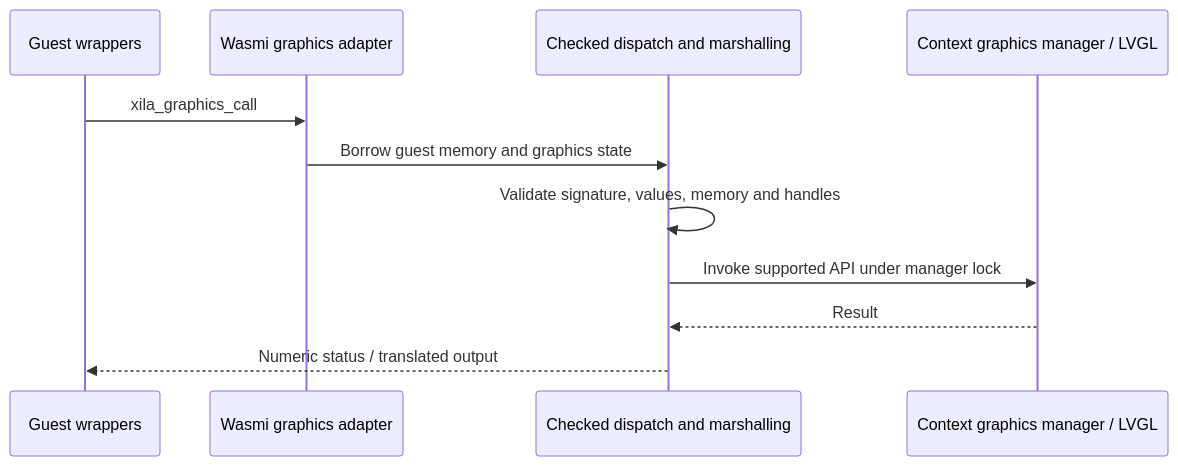
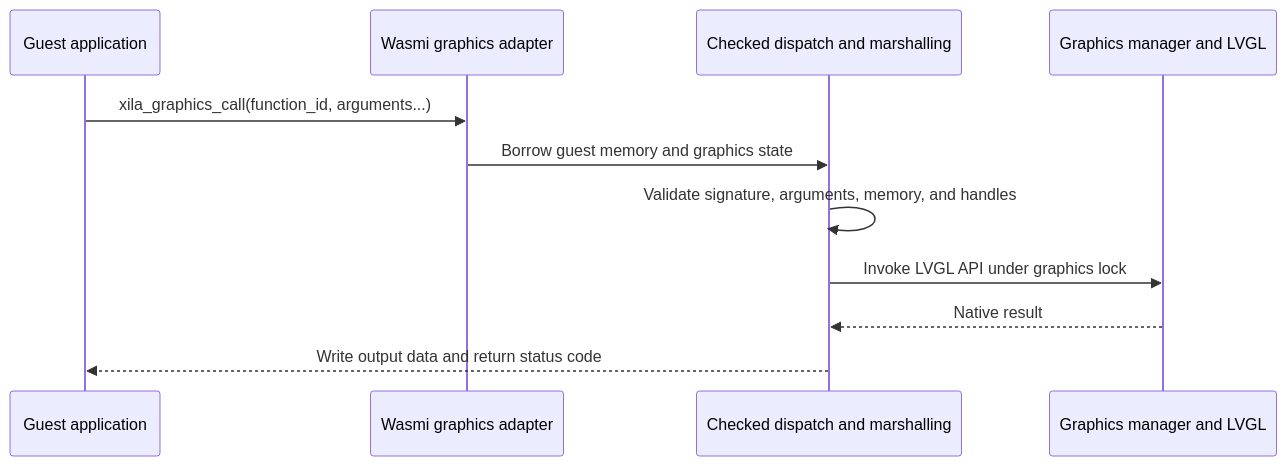
One commit to xila-project/website changed the diagram in src/content/docs/explanation/architecture/executables/bindings.mdx. Above: the diagram before and after it, drawn with Mermaid. The commit also changed other lines of this file and 7 other files, not shown here.

Commit message:
docs: rewrite guest application and Wasm runtime pages from current sources

````diff
--- a/src/content/docs/explanation/architecture/executables/bindings.mdx
+++ b/src/content/docs/explanation/architecture/executables/bindings.mdx
@@ -21,13 +30,13 @@
 ```mermaid
 sequenceDiagram
-    participant Guest as Guest wrappers
+    participant Guest as Guest application
     participant Adapter as Wasmi graphics adapter
     participant Dispatch as Checked dispatch and marshalling
-    participant Graphics as Context graphics manager / LVGL
-    Guest->>Adapter: xila_graphics_call
+    participant Graphics as Graphics manager and LVGL
+    Guest->>Adapter: xila_graphics_call(function_id, arguments...)
     Adapter->>Dispatch: Borrow guest memory and graphics state
-    Dispatch->>Dispatch: Validate signature, values, memory and handles
-    Dispatch->>Graphics: Invoke supported API under manager lock
-    Graphics-->>Dispatch: Result
-    Dispatch-->>Guest: Numeric status / translated output
+    Dispatch->>Dispatch: Validate signature, arguments, memory, and handles
+    Dispatch->>Graphics: Invoke LVGL API under graphics lock
+    Graphics-->>Dispatch: Native result
+    Dispatch-->>Guest: Write output data and return status code
 ```
````
